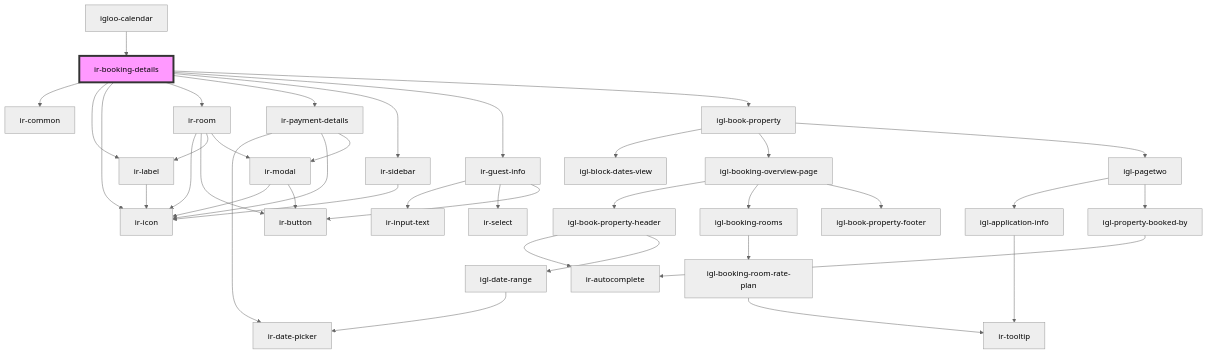
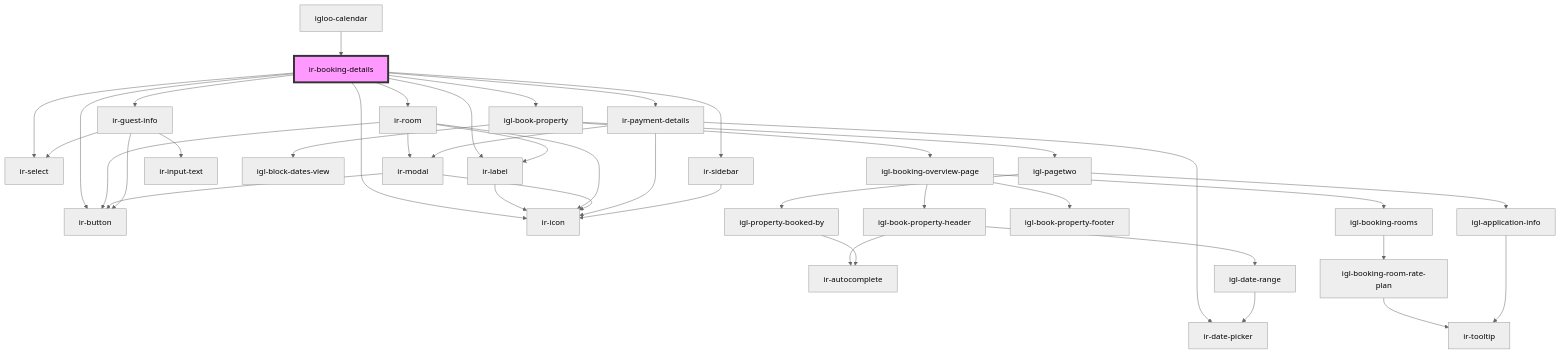
Before and after one commit to David1Chowaifaty/modified-ir-webcmp: the diagram in src/components/ir-booking-details/readme.md, drawn with Mermaid (neutral theme). The commit also changed other lines of this file and 11 other files, not shown here.

````diff
--- a/src/components/ir-booking-details/readme.md
+++ b/src/components/ir-booking-details/readme.md
@@ -70,42 +73,43 @@
 ```mermaid
 graph TD;
-  ir-booking-details --> ir-common
+  ir-booking-details --> ir-select
+  ir-booking-details --> ir-button
+  ir-booking-details --> ir-icon
   ir-booking-details --> ir-label
-  ir-booking-details --> ir-icon
   ir-booking-details --> ir-room
   ir-booking-details --> ir-payment-details
   ir-booking-details --> ir-sidebar
   ir-booking-details --> ir-guest-info
   ir-booking-details --> igl-book-property
   ir-label --> ir-icon
   ir-room --> ir-icon
   ir-room --> ir-button
   ir-room --> ir-label
   ir-room --> ir-modal
   ir-modal --> ir-icon
   ir-modal --> ir-button
   ir-payment-details --> ir-date-picker
   ir-payment-details --> ir-icon
   ir-payment-details --> ir-modal
   ir-sidebar --> ir-icon
   ir-guest-info --> ir-input-text
   ir-guest-info --> ir-select
   ir-guest-info --> ir-button
   igl-book-property --> igl-block-dates-view
   igl-book-property --> igl-booking-overview-page
   igl-book-property --> igl-pagetwo
   igl-booking-overview-page --> igl-book-property-header
   igl-booking-overview-page --> igl-booking-rooms
   igl-booking-overview-page --> igl-book-property-footer
   igl-book-property-header --> ir-autocomplete
   igl-book-property-header --> igl-date-range
   igl-date-range --> ir-date-picker
   igl-booking-rooms --> igl-booking-room-rate-plan
   igl-booking-room-rate-plan --> ir-tooltip
   igl-pagetwo --> igl-application-info
   igl-pagetwo --> igl-property-booked-by
   igl-application-info --> ir-tooltip
   igl-property-booked-by --> ir-autocomplete
   igloo-calendar --> ir-booking-details
   style ir-booking-details fill:#f9f,stroke:#333,stroke-width:4px
 ```
````
